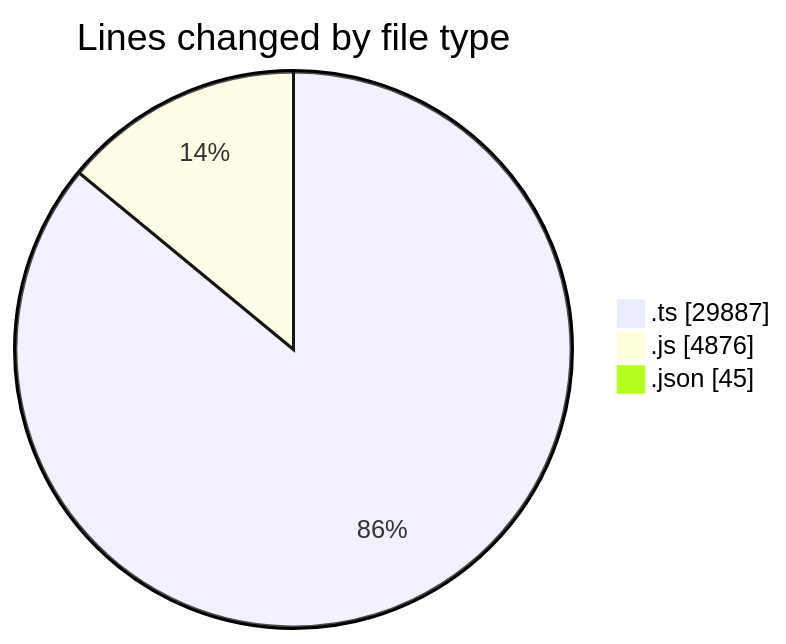
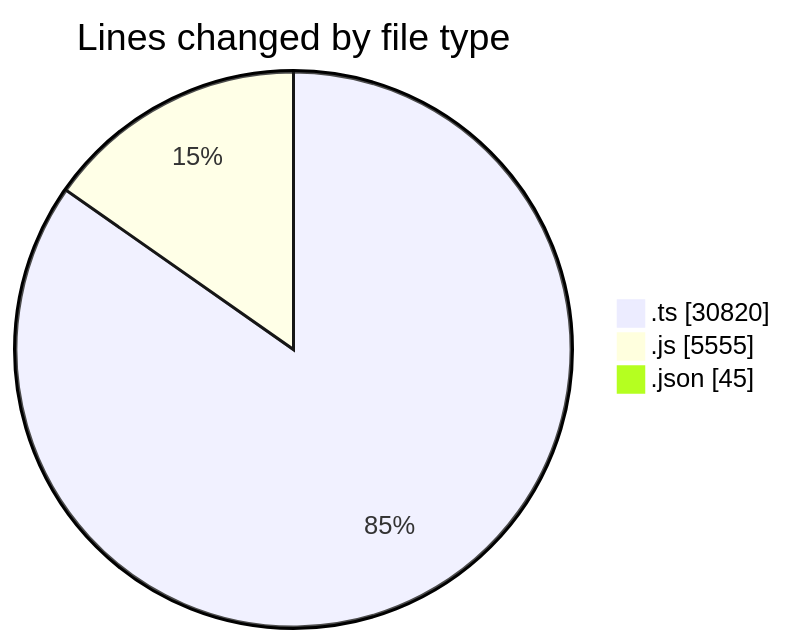
The first of 2 diagrams in 2025-07-29/cda/README.md (momahboobian/code-tracking), drawn with Mermaid before and after one commit. The commit also changed other lines of this file and 1 other file, not shown here.

````diff
--- a/2025-07-29/cda/README.md
+++ b/2025-07-29/cda/README.md
@@ -30,7 +31,7 @@
 ```mermaid
 pie showData
 title Lines changed by file type
-".ts" : 29887
-".js" : 4876
+".ts" : 30820
+".js" : 5555
 ".json" : 45
 ```
````
